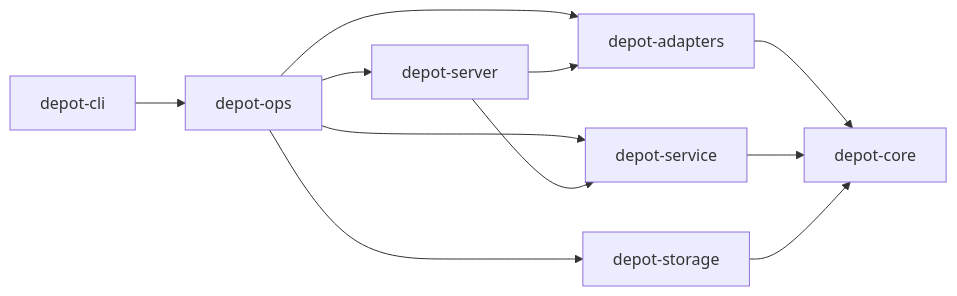
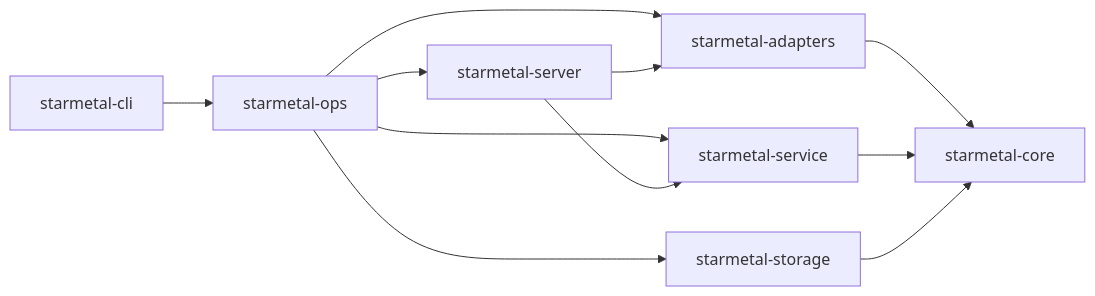
The second of 3 diagrams in docs/architecture.md (Goldziher/starmetal), drawn with Mermaid before and after one commit. The commit also changed other lines of this file and 425 other files, not shown here.

Commit message:
refactor: rename depot to starmetal

````diff
--- a/docs/architecture.md
+++ b/docs/architecture.md
@@ -105,13 +105,13 @@
 ```mermaid
 graph LR
-    cli[depot-cli] --> ops[depot-ops]
-    ops --> server[depot-server]
-    ops --> service[depot-service]
-    ops --> storage[depot-storage]
-    ops --> adapters[depot-adapters]
+    cli[starmetal-cli] --> ops[starmetal-ops]
+    ops --> server[starmetal-server]
+    ops --> service[starmetal-service]
+    ops --> storage[starmetal-storage]
+    ops --> adapters[starmetal-adapters]
     server --> adapters
     server --> service
-    adapters --> core[depot-core]
+    adapters --> core[starmetal-core]
     service --> core
     storage --> core
 ```
````
